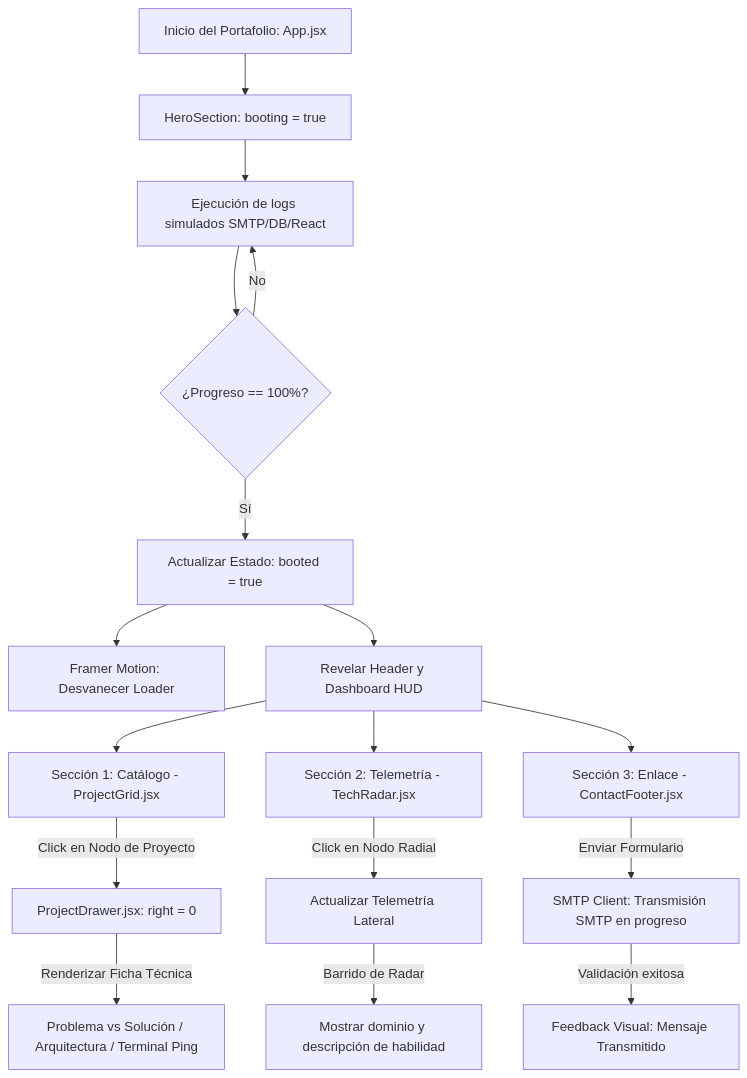
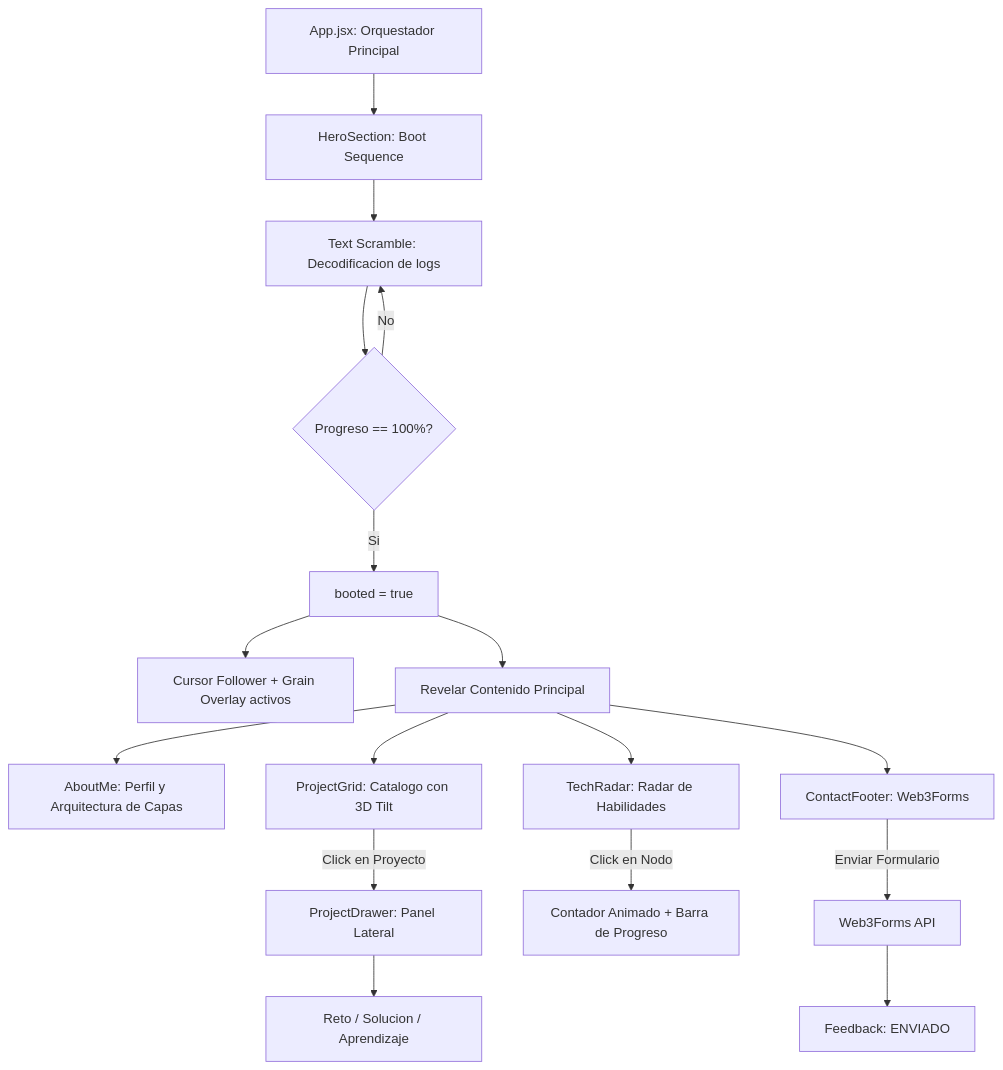
Before and after one commit to INTERTEXAS/Portafolio: the diagram in README.md, drawn with Mermaid. The commit also changed other lines of this file and 15 other files, not shown here.

Commit message:
Rediseño premium: hooks personalizados, animaciones cinematográficas, 3D tilt, text scramble, cursor follower y tipografía premium

````diff
--- a/README.md
+++ b/README.md
@@ -22,23 +22,23 @@
 ```mermaid
 graph TD
-    A[Inicio del Portafolio: App.jsx] --> B[HeroSection: booting = true]
-    B --> C[Ejecución de logs simulados SMTP/DB/React]
-    C --> D{¿Progreso == 100%?}
+    A[App.jsx: Orquestador Principal] --> B[HeroSection: Boot Sequence]
+    B --> C[Text Scramble: Decodificacion de logs]
+    C --> D{Progreso == 100%?}
     D -- No --> C
-    D -- Sí --> E[Actualizar Estado: booted = true]
-    E --> F[Framer Motion: Desvanecer Loader]
-    E --> G[Revelar Header y Dashboard HUD]
+    D -- Si --> E[booted = true]
+    E --> F[Cursor Follower + Grain Overlay activos]
+    E --> G[Revelar Contenido Principal]
     
-    G --> H[Sección 1: Catálogo - ProjectGrid.jsx]
-    G --> I[Sección 2: Telemetría - TechRadar.jsx]
-    G --> J[Sección 3: Enlace - ContactFooter.jsx]
+    G --> H[AboutMe: Perfil y Arquitectura de Capas]
+    G --> I[ProjectGrid: Catalogo con 3D Tilt]
+    G --> J[TechRadar: Radar de Habilidades]
+    G --> K[ContactFooter: Web3Forms]
     
-    H -->|Click en Nodo de Proyecto| K[ProjectDrawer.jsx: right = 0]
-    K -->|Renderizar Ficha Técnica| L[Problema vs Solución / Arquitectura / Terminal Ping]
+    I -->|Click en Proyecto| L[ProjectDrawer: Panel Lateral]
+    L --> M[Reto / Solucion / Aprendizaje]
     
-    I -->|Click en Nodo Radial| M[Actualizar Telemetría Lateral]
-    M -->|Barrido de Radar| N[Mostrar dominio y descripción de habilidad]
+    J -->|Click en Nodo| N[Contador Animado + Barra de Progreso]
     
-    J -->|Enviar Formulario| O[SMTP Client: Transmisión SMTP en progreso]
-    O -->|Validación exitosa| P[Feedback Visual: Mensaje Transmitido]
+    K -->|Enviar Formulario| O[Web3Forms API]
+    O --> P[Feedback: ENVIADO]
 ```
````
